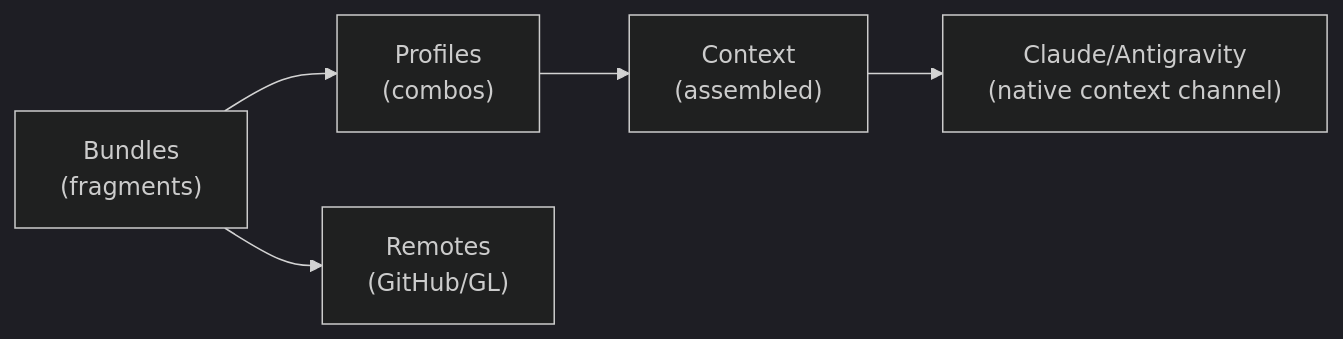
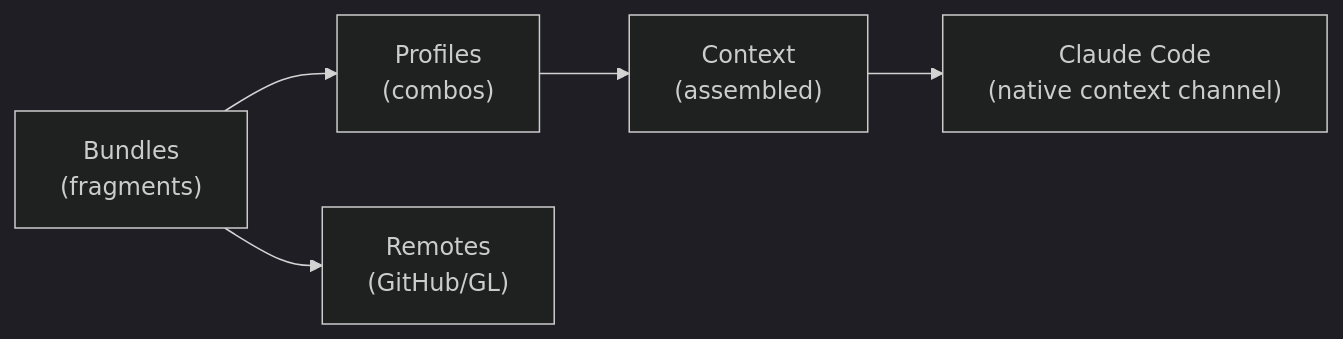
One commit to ctxloom/ctxloom changed the diagram in website/src/content/docs/index.mdx. Above: the diagram before and after it, drawn with Mermaid (dark theme). The commit also changed other lines of this file and 16 other files, not shown here.

````diff
--- a/website/src/content/docs/index.mdx
+++ b/website/src/content/docs/index.mdx
@@ -123,7 +123,7 @@
 ```mermaid
 flowchart LR
     Bundles["Bundles<br/>(fragments)"] --> Profiles["Profiles<br/>(combos)"]
     Profiles --> Context["Context<br/>(assembled)"]
     Bundles --> Remotes["Remotes<br/>(GitHub/GL)"]
-    Context --> AI["Claude/Antigravity<br/>(native context channel)"]
+    Context --> AI["Claude Code<br/>(native context channel)"]
 ```
````
